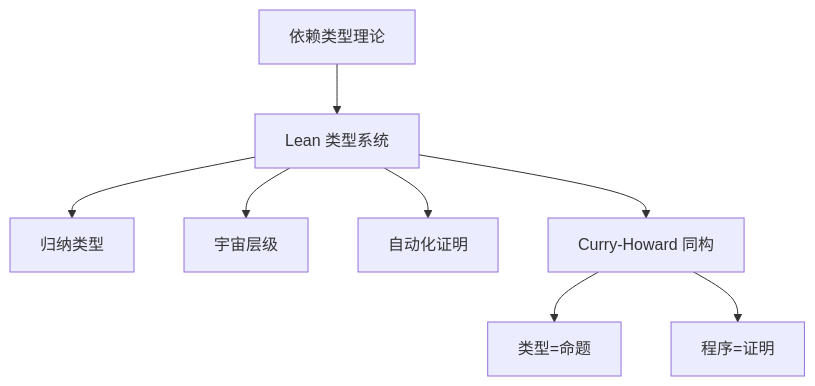
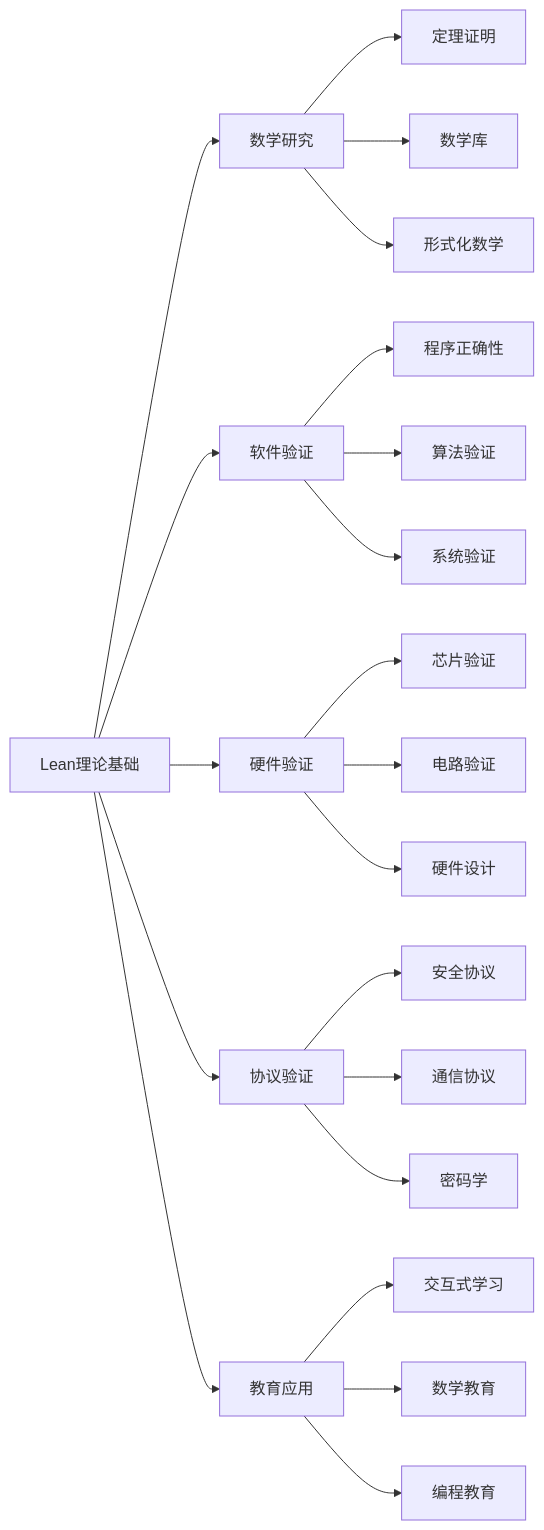
One commit to AdaMartin18010/Lean changed the second of 2 diagrams in semantic/1-lean-grammar-and-semantics/1.1-lean-理论基础与语义模型.md. Above: the diagram before and after it, drawn with Mermaid. The commit also changed other lines of this file and 2 other files, not shown here.

````diff
--- a/semantic/1-lean-grammar-and-semantics/1.1-lean-理论基础与语义模型.md
+++ b/semantic/1-lean-grammar-and-semantics/1.1-lean-理论基础与语义模型.md
@@ -98,10 +521,28 @@
 ```mermaid
-graph TD
-  A[依赖类型理论] --> B[Lean 类型系统]
-  B --> C[归纳类型]
-  B --> D[宇宙层级]
-  B --> E[自动化证明]
-  B --> F[Curry-Howard 同构]
-  F --> G[类型=命题]
-  F --> H[程序=证明]
+graph LR
+  A[Lean理论基础] --> B[数学研究]
+  A --> C[软件验证]
+  A --> D[硬件验证]
+  A --> E[协议验证]
+  A --> F[教育应用]
+  
+  B --> G[定理证明]
+  B --> H[数学库]
+  B --> I[形式化数学]
+  
+  C --> J[程序正确性]
+  C --> K[算法验证]
+  C --> L[系统验证]
+  
+  D --> M[芯片验证]
+  D --> N[电路验证]
+  D --> O[硬件设计]
+  
+  E --> P[安全协议]
+  E --> Q[通信协议]
+  E --> R[密码学]
+  
+  F --> S[交互式学习]
+  F --> T[数学教育]
+  F --> U[编程教育]
 ```
````
